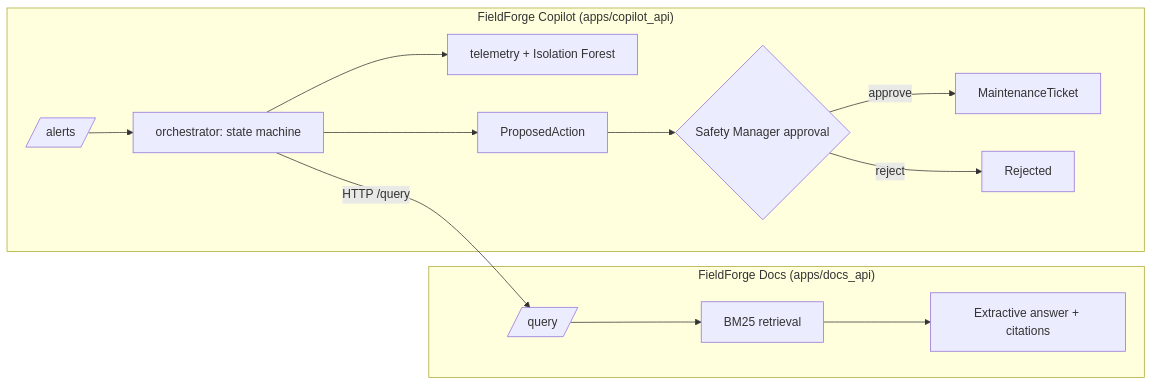
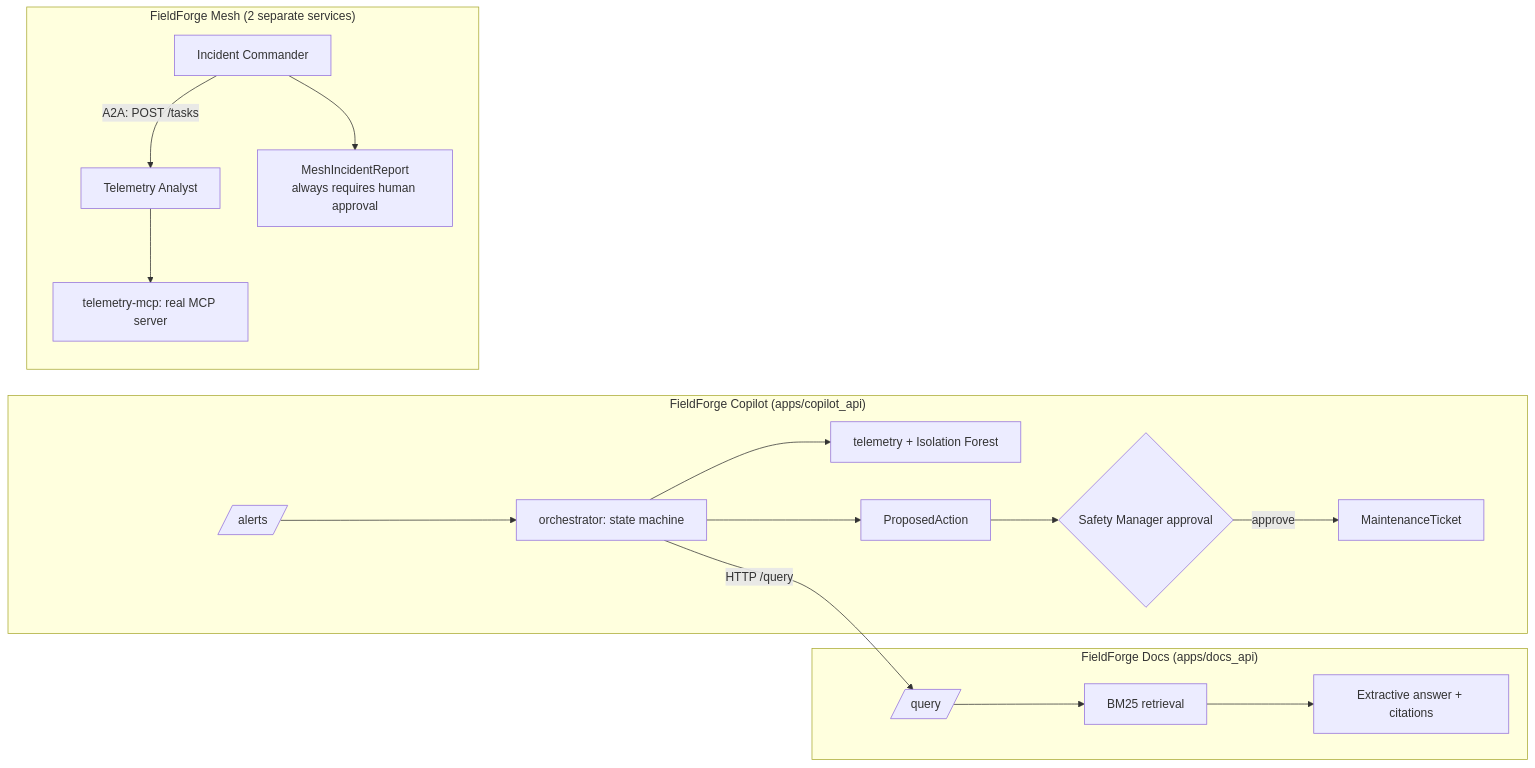
The diagram in README.md (Kirandkv/Field), drawn with Mermaid before and after one commit. The commit also changed other lines of this file and 51 other files, not shown here.

````diff
--- a/README.md
+++ b/README.md
@@ -42,14 +52,18 @@
 ```mermaid
 flowchart LR
     subgraph Docs["FieldForge Docs (apps/docs_api)"]
         DQ[/query/] --> DR[BM25 retrieval] --> DA[Extractive answer + citations]
     end
     subgraph Copilot["FieldForge Copilot (apps/copilot_api)"]
         CA[/alerts/] --> CO[orchestrator: state machine]
         CO --> CT[telemetry + Isolation Forest]
         CO -->|HTTP /query| DQ
         CO --> CP[ProposedAction] --> CH{Safety Manager approval}
         CH -->|approve| CTK[MaintenanceTicket]
-        CH -->|reject| CR[Rejected]
+    end
+    subgraph Mesh["FieldForge Mesh (2 separate services)"]
+        CMD[Incident Commander] -->|A2A: POST /tasks| TA[Telemetry Analyst]
+        TA --> MCP[telemetry-mcp: real MCP server]
+        CMD --> MR[MeshIncidentReport\nalways requires human approval]
     end
 ```
````
